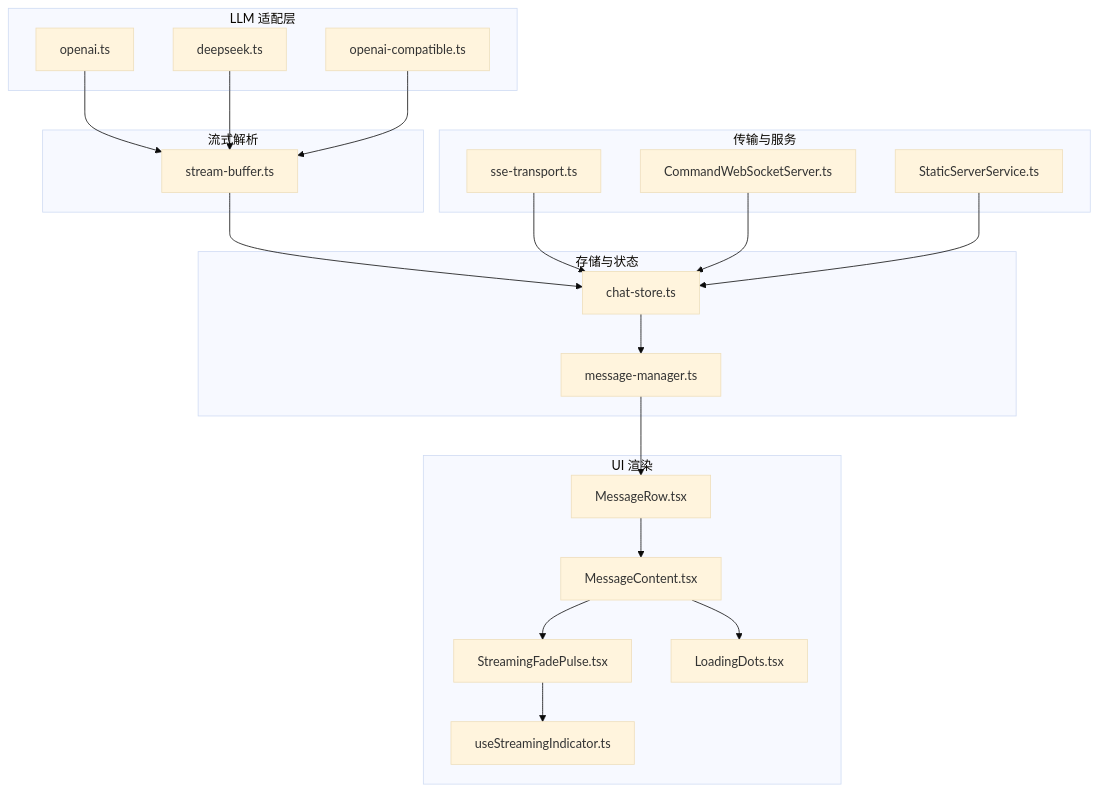
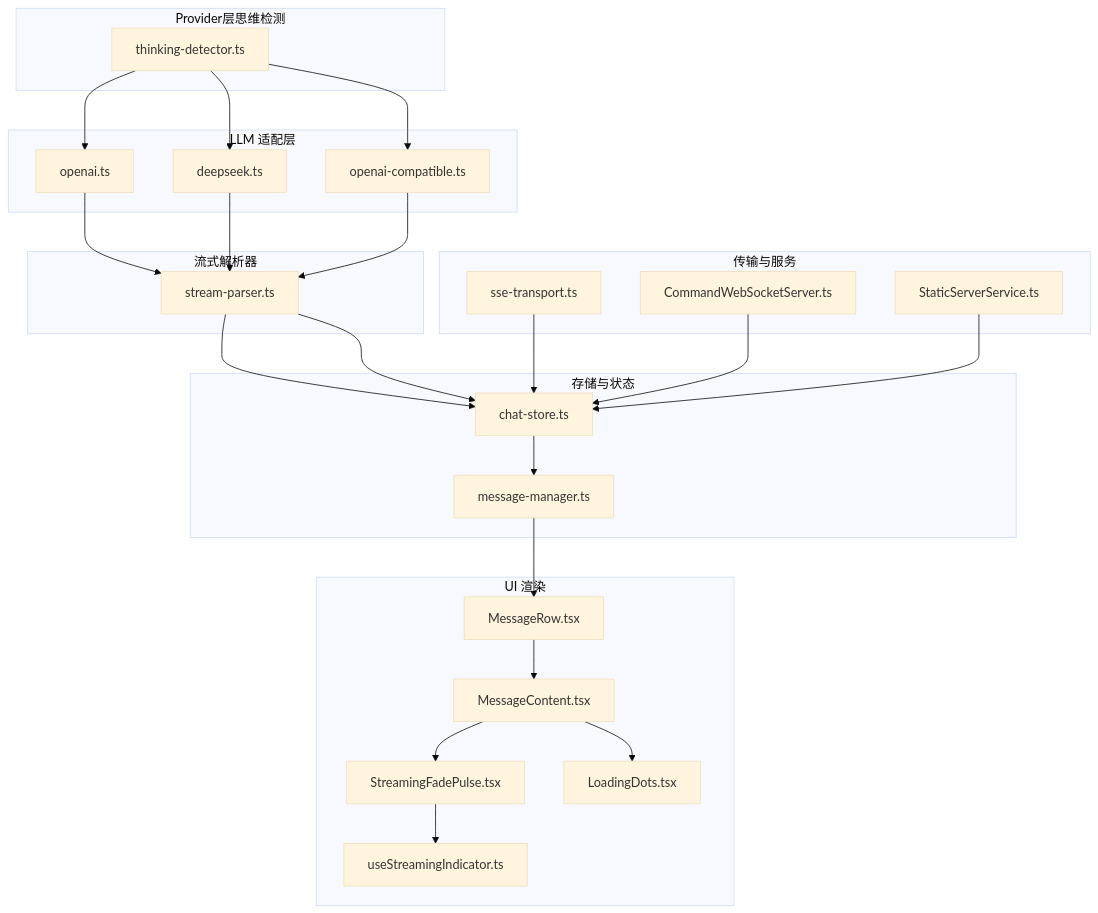
The first of 9 diagrams in .qoder/repowiki/zh/content/聊天系统详解/流式响应处理.md (NarcisWL/Nexara), drawn with Mermaid (base theme) before and after one commit. The commit also changed other lines of this file and 4 other files, not shown here.

Commit message:
docs(wiki): update documentation for ThinkingDetector and chat refactoring

````diff
--- a/.qoder/repowiki/zh/content/聊天系统详解/流式响应处理.md
+++ b/.qoder/repowiki/zh/content/聊天系统详解/流式响应处理.md
@@ -49,40 +60,47 @@
 ```mermaid
 graph TB
+subgraph "Provider层思维检测"
+TD["thinking-detector.ts"]
+end
+subgraph "流式解析器"
+SP["stream-parser.ts"]
+end
 subgraph "LLM 适配层"
 OA["openai.ts"]
 DS["deepseek.ts"]
 OAC["openai-compatible.ts"]
-end
-subgraph "流式解析"
-SB["stream-buffer.ts"]
 end
 subgraph "存储与状态"
 CS["chat-store.ts"]
 MM["message-manager.ts"]
 end
 subgraph "UI 渲染"
 MR["MessageRow.tsx"]
 MC["MessageContent.tsx"]
 SFP["StreamingFadePulse.tsx"]
 LD["LoadingDots.tsx"]
 USI["useStreamingIndicator.ts"]
 end
 subgraph "传输与服务"
 SSE["sse-transport.ts"]
 WSS["CommandWebSocketServer.ts"]
 SSS["StaticServerService.ts"]
 end
-OA --> SB
-DS --> SB
-OAC --> SB
-SB --> CS
+TD --> OA
+TD --> DS
+TD --> OAC
+SP --> CS
+OA --> SP
+DS --> SP
+OAC --> SP
+SP --> CS
 CS --> MM
 MM --> MR
 MR --> MC
 MC --> SFP
 MC --> LD
 SFP --> USI
 SSE --> CS
 WSS --> CS
 SSS --> CS
 ```
````
